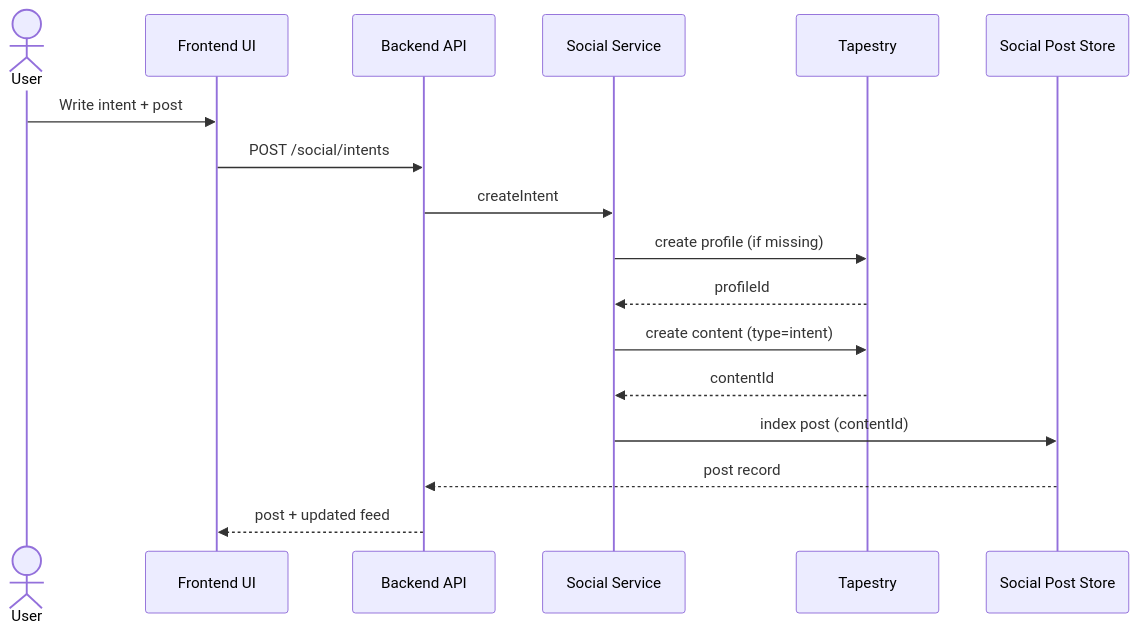
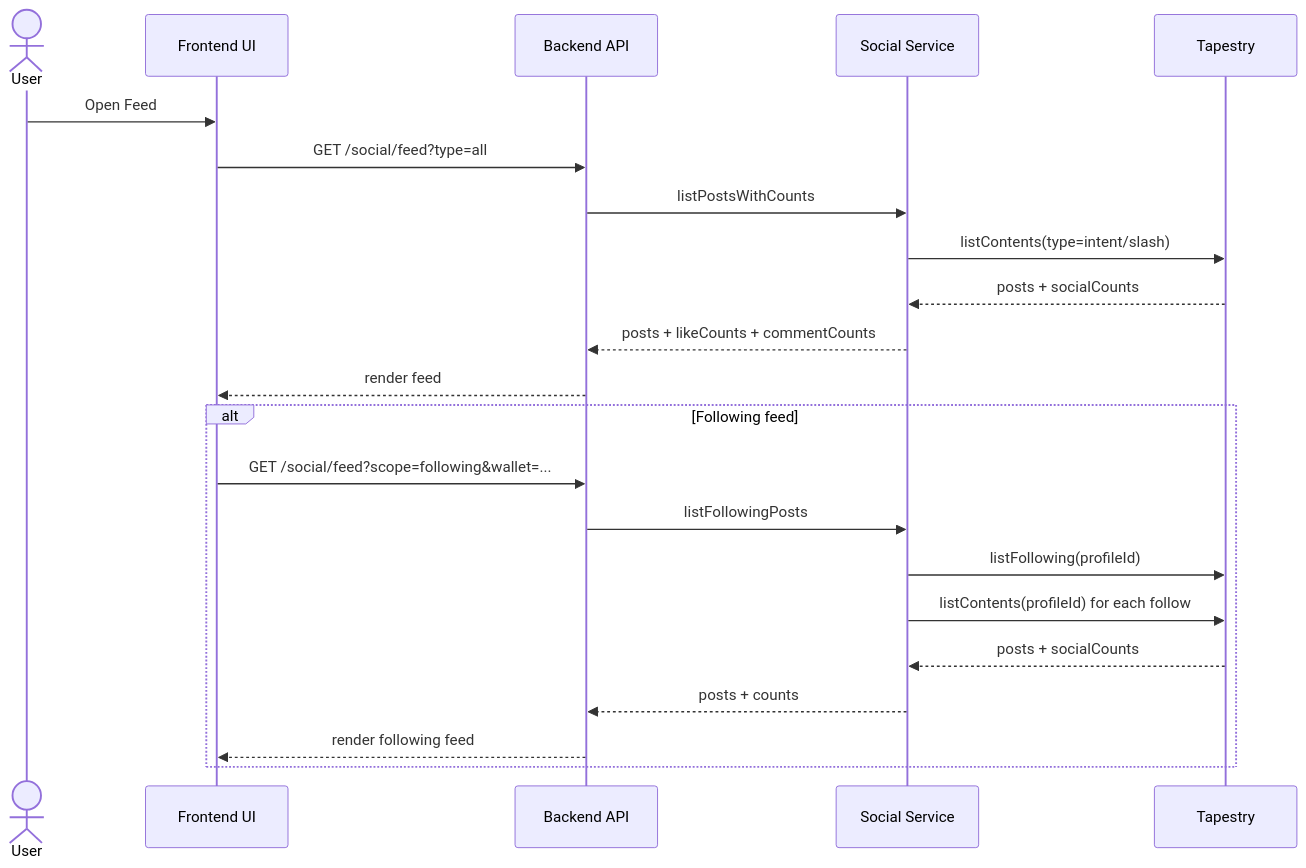
One commit to heemankv/sigints.club changed the second of 6 diagrams in documents/Sequence_Diagrams.md. Above: the diagram before and after it, drawn with Mermaid. The commit also changed other lines of this file and 6 other files, not shown here.

Commit message:
Update docs to match feed-first social MVP

````diff
--- a/documents/Sequence_Diagrams.md
+++ b/documents/Sequence_Diagrams.md
@@ -89,20 +41,26 @@
 ```mermaid
 sequenceDiagram
   actor User
   participant UI as Frontend UI
   participant API as Backend API
   participant Social as Social Service
   participant Tapestry
-  participant Store as Social Post Store
 
-  User->>UI: Write intent + post
-  UI->>API: POST /social/intents
-  API->>Social: createIntent
-  Social->>Tapestry: create profile (if missing)
-  Tapestry-->>Social: profileId
-  Social->>Tapestry: create content (type=intent)
-  Tapestry-->>Social: contentId
-  Social->>Store: index post (contentId)
-  Store-->>API: post record
-  API-->>UI: post + updated feed
+  User->>UI: Open Feed
+  UI->>API: GET /social/feed?type=all
+  API->>Social: listPostsWithCounts
+  Social->>Tapestry: listContents(type=intent/slash)
+  Tapestry-->>Social: posts + socialCounts
+  Social-->>API: posts + likeCounts + commentCounts
+  API-->>UI: render feed
+
+  alt Following feed
+    UI->>API: GET /social/feed?scope=following&wallet=...
+    API->>Social: listFollowingPosts
+    Social->>Tapestry: listFollowing(profileId)
+    Social->>Tapestry: listContents(profileId) for each follow
+    Tapestry-->>Social: posts + socialCounts
+    Social-->>API: posts + counts
+    API-->>UI: render following feed
+  end
 ```
````
